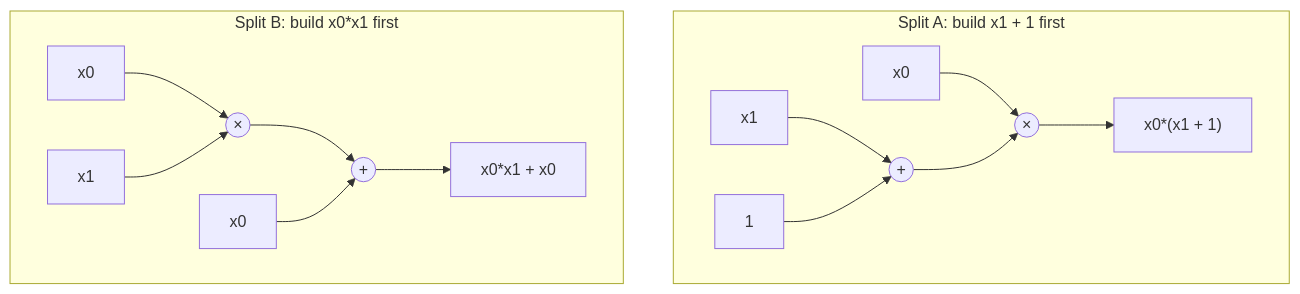
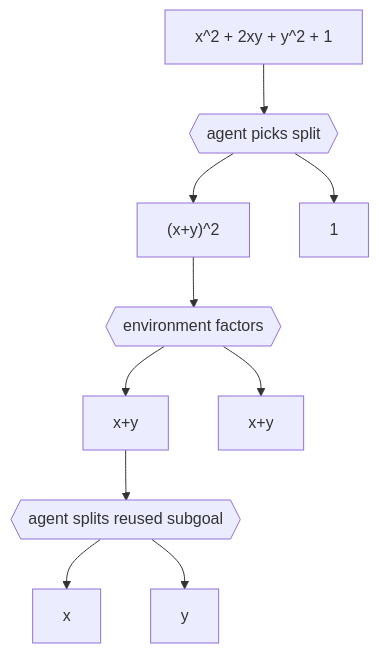
Before and after one commit to uw-math-ai/PolyArithmeticCircuitsRL: the second of 2 diagrams in README.md, drawn with Mermaid. The commit also changed other lines of this file, not shown here.

First line of the commit message:
docs: clarify addition-split environment in README

````diff
--- a/README.md
+++ b/README.md
@@ -108,18 +141,12 @@
 ```mermaid
 flowchart TD
-    subgraph A["Split A: build x1 + 1 first"]
-        ax0["x0"] --> amul((&times;))
-        ax1["x1"] --> aadd((+))
-        a1["1"] --> aadd
-        aadd --> amul
-        amul --> aout["x0*(x1 + 1)"]
-    end
-
-    subgraph B["Split B: build x0*x1 first"]
-        bx0["x0"] --> bmul((&times;))
-        bx1["x1"] --> bmul
-        bmul --> badd((+))
-        bx0b["x0"] --> badd
-        badd --> bout["x0*x1 + x0"]
-    end
+    f2["x^2 + 2xy + y^2 + 1"] --> s2{{agent picks split}}
+    s2 --> sq["(x+y)^2"]
+    s2 --> one["1"]
+    sq --> ef2{{environment factors}}
+    ef2 --> sum1["x+y"]
+    ef2 --> sum2["x+y"]
+    sum1 --> s3{{agent splits reused subgoal}}
+    s3 --> x["x"]
+    s3 --> y["y"]
 ```
````
